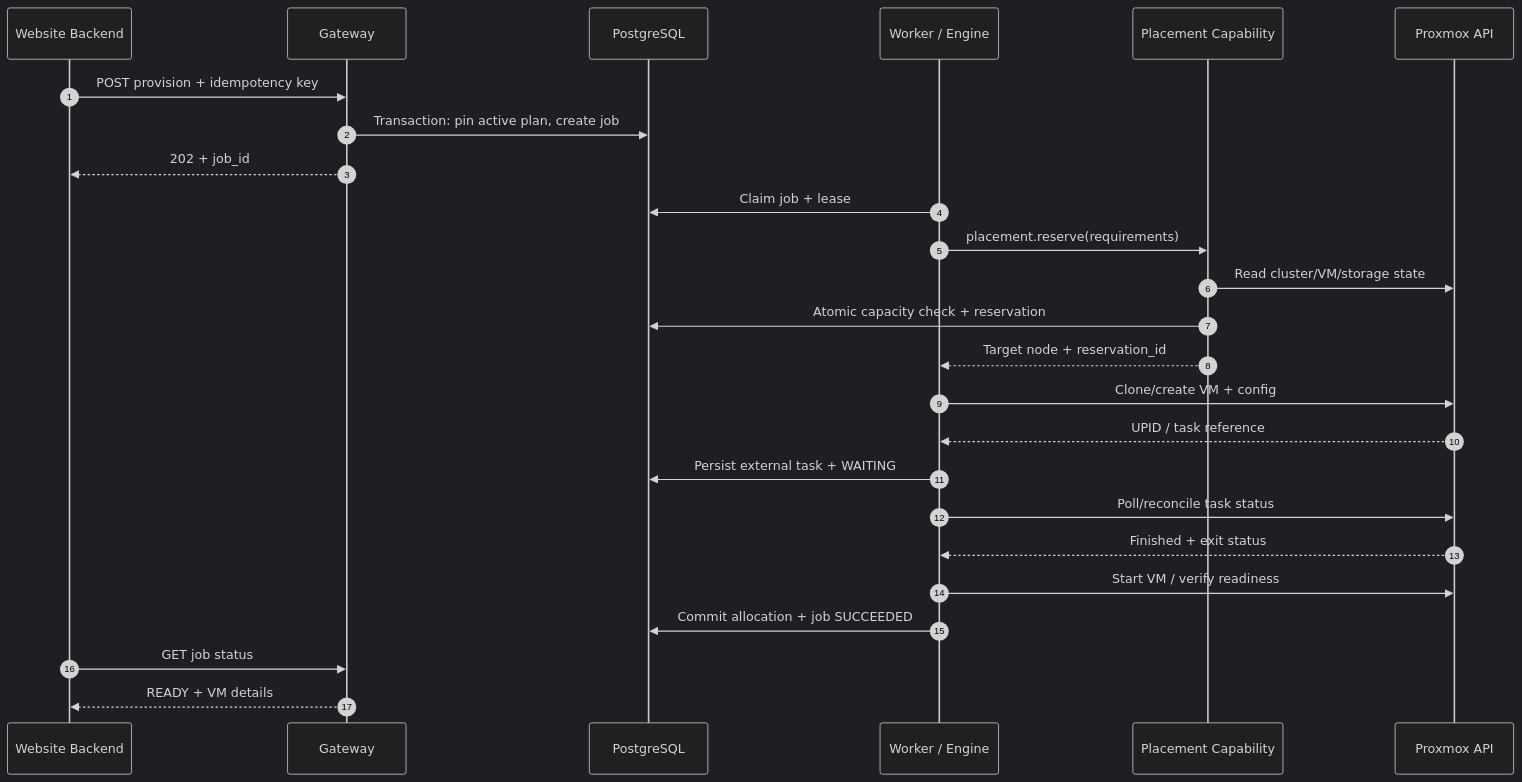
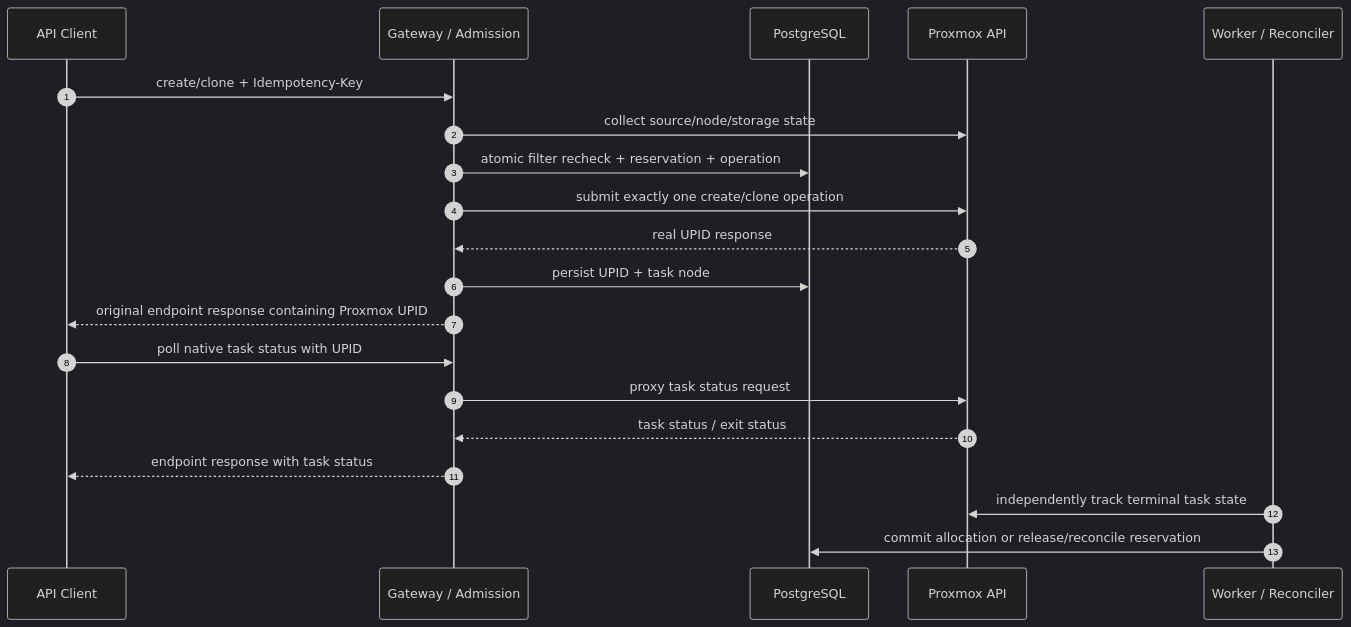
One commit to chiennc4805/proxmox-load-balancer changed the seventh of 8 diagrams in README.md. Above: the diagram before and after it, drawn with Mermaid (dark theme). The commit also changed other lines of this file and 1 other file, not shown here.

Commit message:
update documet: draft README.md v1.0.1, create docs for project phase 1

````diff
--- a/README.md
+++ b/README.md
@@ -350,27 +406,22 @@
 ```mermaid
 sequenceDiagram
     autonumber
-    participant WEB as Website Backend
-    participant GW as Gateway
+    participant C as API Client
+    participant GW as Gateway / Admission
     participant DB as PostgreSQL
-    participant WK as Worker / Engine
-    participant PL as Placement Capability
     participant PVE as Proxmox API
-    WEB->>GW: POST provision + idempotency key
-    GW->>DB: Transaction: pin active plan, create job
-    GW-->>WEB: 202 + job_id
-    WK->>DB: Claim job + lease
-    WK->>PL: placement.reserve(requirements)
-    PL->>PVE: Read cluster/VM/storage state
-    PL->>DB: Atomic capacity check + reservation
-    PL-->>WK: Target node + reservation_id
-    WK->>PVE: Clone/create VM + config
-    PVE-->>WK: UPID / task reference
-    WK->>DB: Persist external task + WAITING
-    WK->>PVE: Poll/reconcile task status
-    PVE-->>WK: Finished + exit status
-    WK->>PVE: Start VM / verify readiness
-    WK->>DB: Commit allocation + job SUCCEEDED
-    WEB->>GW: GET job status
-    GW-->>WEB: READY + VM details
+    participant TR as Worker / Reconciler
+    C->>GW: create/clone + Idempotency-Key
+    GW->>PVE: collect source/node/storage state
+    GW->>DB: atomic filter recheck + reservation + operation
+    GW->>PVE: submit exactly one create/clone operation
+    PVE-->>GW: real UPID response
+    GW->>DB: persist UPID + task node
+    GW-->>C: original endpoint response containing Proxmox UPID
+    C->>GW: poll native task status with UPID
+    GW->>PVE: proxy task status request
+    PVE-->>GW: task status / exit status
+    GW-->>C: endpoint response with task status
+    TR->>PVE: independently track terminal task state
+    TR->>DB: commit allocation or release/reconcile reservation
 ```
````
